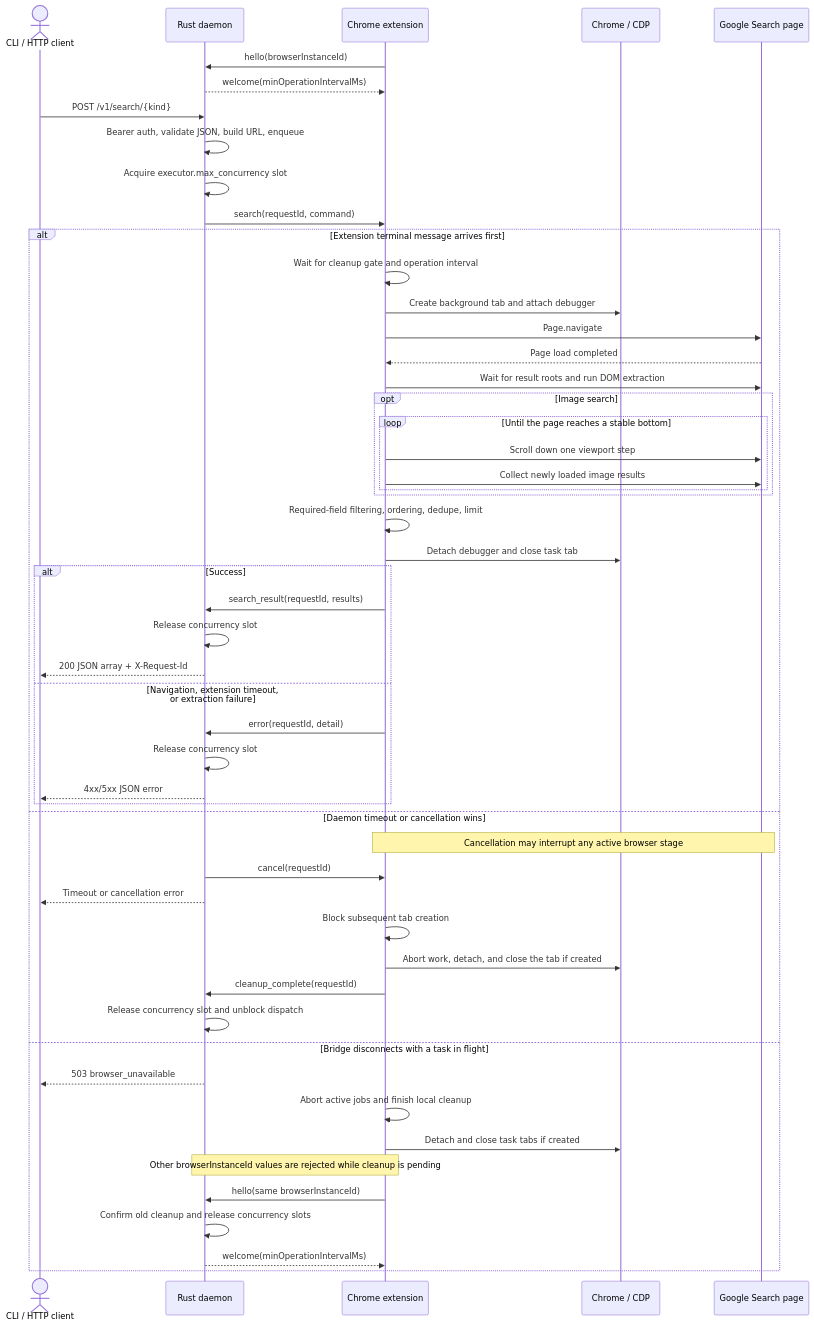
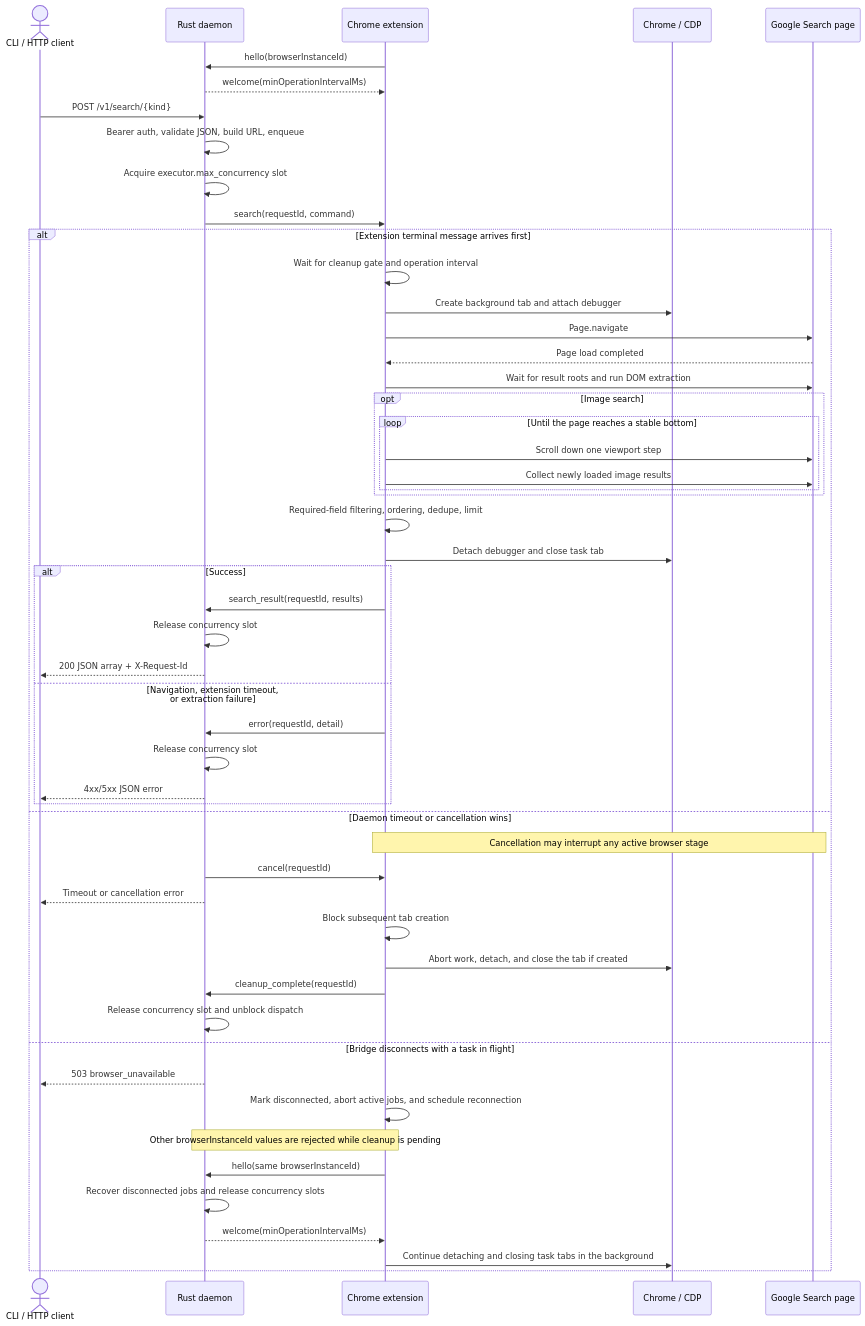
One commit to Joey-Kot/Browser-Search changed the second of 3 diagrams in README.md. Above: the diagram before and after it, drawn with Mermaid. The commit also changed other lines of this file and 6 other files, not shown here.

````diff
--- a/README.md
+++ b/README.md
@@ -84,56 +84,56 @@
 ```mermaid
 sequenceDiagram
     actor Client as CLI / HTTP client
     participant Daemon as Rust daemon
     participant Extension as Chrome extension
     participant Chrome as Chrome / CDP
     participant Google as Google Search page
 
     Extension->>Daemon: hello(browserInstanceId)
     Daemon-->>Extension: welcome(minOperationIntervalMs)
     Client->>Daemon: POST /v1/search/{kind}
     Daemon->>Daemon: Bearer auth, validate JSON, build URL, enqueue
     Daemon->>Daemon: Acquire executor.max_concurrency slot
     Daemon->>Extension: search(requestId, command)
 
     alt Extension terminal message arrives first
         Extension->>Extension: Wait for cleanup gate and operation interval
         Extension->>Chrome: Create background tab and attach debugger
         Extension->>Google: Page.navigate
         Google-->>Extension: Page load completed
         Extension->>Google: Wait for result roots and run DOM extraction
         opt Image search
             loop Until the page reaches a stable bottom
                 Extension->>Google: Scroll down one viewport step
                 Extension->>Google: Collect newly loaded image results
             end
         end
         Extension->>Extension: Required-field filtering, ordering, dedupe, limit
         Extension->>Chrome: Detach debugger and close task tab
         alt Success
             Extension->>Daemon: search_result(requestId, results)
             Daemon->>Daemon: Release concurrency slot
             Daemon-->>Client: 200 JSON array + X-Request-Id
         else Navigation, extension timeout, or extraction failure
             Extension->>Daemon: error(requestId, detail)
             Daemon->>Daemon: Release concurrency slot
             Daemon-->>Client: 4xx/5xx JSON error
         end
     else Daemon timeout or cancellation wins
         Note over Extension,Google: Cancellation may interrupt any active browser stage
         Daemon->>Extension: cancel(requestId)
         Daemon-->>Client: Timeout or cancellation error
         Extension->>Extension: Block subsequent tab creation
         Extension->>Chrome: Abort work, detach, and close the tab if created
         Extension->>Daemon: cleanup_complete(requestId)
         Daemon->>Daemon: Release concurrency slot and unblock dispatch
     else Bridge disconnects with a task in flight
         Daemon-->>Client: 503 browser_unavailable
-        Extension->>Extension: Abort active jobs and finish local cleanup
-        Extension->>Chrome: Detach and close task tabs if created
+        Extension->>Extension: Mark disconnected, abort active jobs, and schedule reconnection
         Note over Daemon,Extension: Other browserInstanceId values are rejected while cleanup is pending
         Extension->>Daemon: hello(same browserInstanceId)
-        Daemon->>Daemon: Confirm old cleanup and release concurrency slots
+        Daemon->>Daemon: Recover disconnected jobs and release concurrency slots
         Daemon-->>Extension: welcome(minOperationIntervalMs)
+        Extension->>Chrome: Continue detaching and closing task tabs in the background
     end
 ```
````
